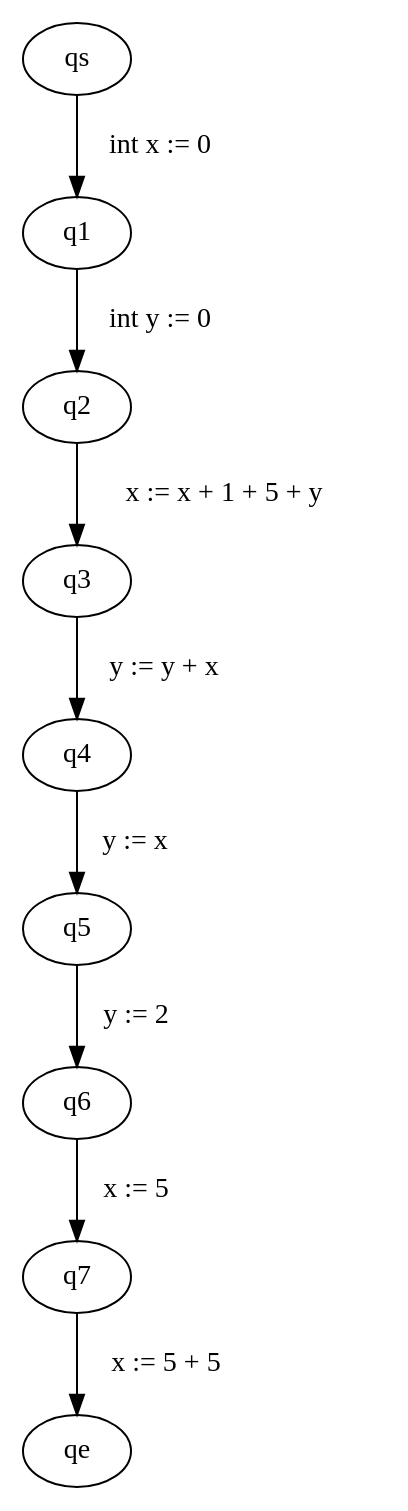
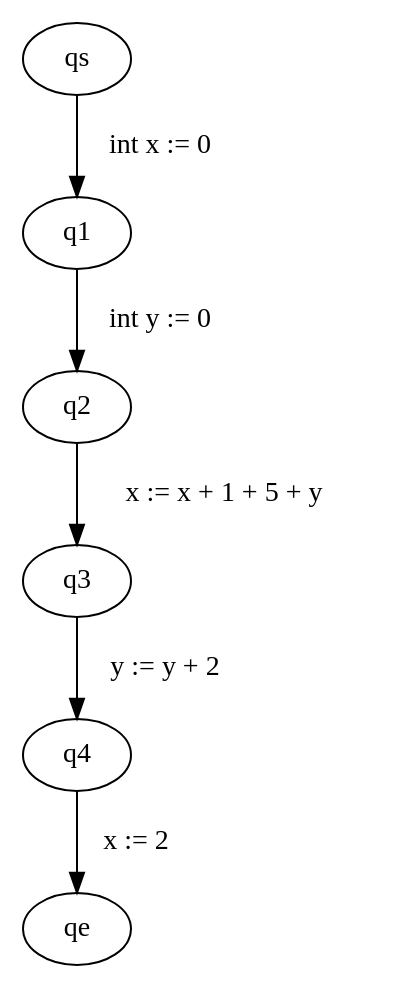
One commit to FloKes/ProgramAnalysis changed the diagram in src/main/java/graphviz/input.dot. Above: the diagram before and after it, drawn with Graphviz. The commit also changed 20 other files, not shown here.

```diff
--- a/src/main/java/graphviz/input.dot
+++ b/src/main/java/graphviz/input.dot
@@ -1,10 +1,7 @@
 digraph ProgramGraph{
 "qs" -> "q1" [label="  int x := 0   "] 
 "q1" -> "q2" [label="  int y := 0   "] 
 "q2" -> "q3" [label="  x := x + 1 + 5 + y   "] 
-"q3" -> "q4" [label="  y := y + x   "] 
-"q4" -> "q5" [label="  y := x   "] 
-"q5" -> "q6" [label="  y := 2   "] 
-"q6" -> "q7" [label="  x := 5   "] 
-"q7" -> "qe" [label="  x := 5 + 5   "] 
+"q3" -> "q4" [label="  y := y + 2   "] 
+"q4" -> "qe" [label="  x := 2   "] 
 }
```
